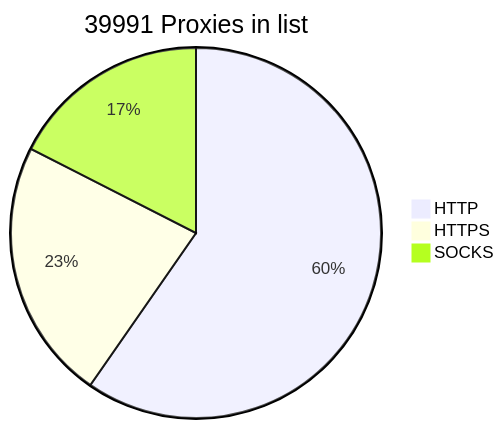
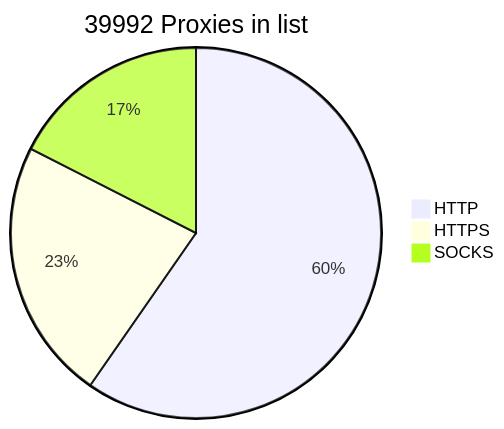
Before and after one commit to BlackSnowDot/proxylist-update-every-minute: the diagram in README.md, drawn with Mermaid.

````diff
--- a/README.md
+++ b/README.md
@@ -2,6 +2,6 @@
 ```mermaid
-pie title 39991 Proxies in list
+pie title 39992 Proxies in list
     "HTTP" : 28132
-    "HTTPS": 10769
+    "HTTPS": 10770
     "SOCKS" : 8251
 ```
````
